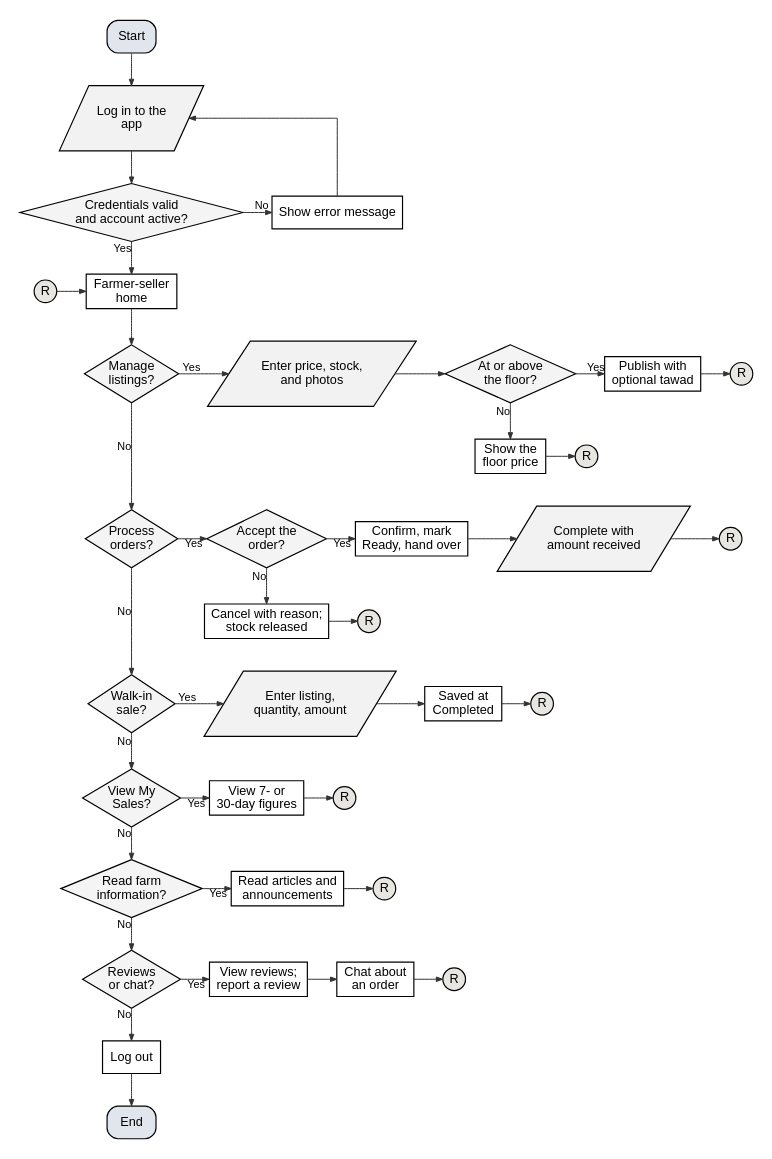
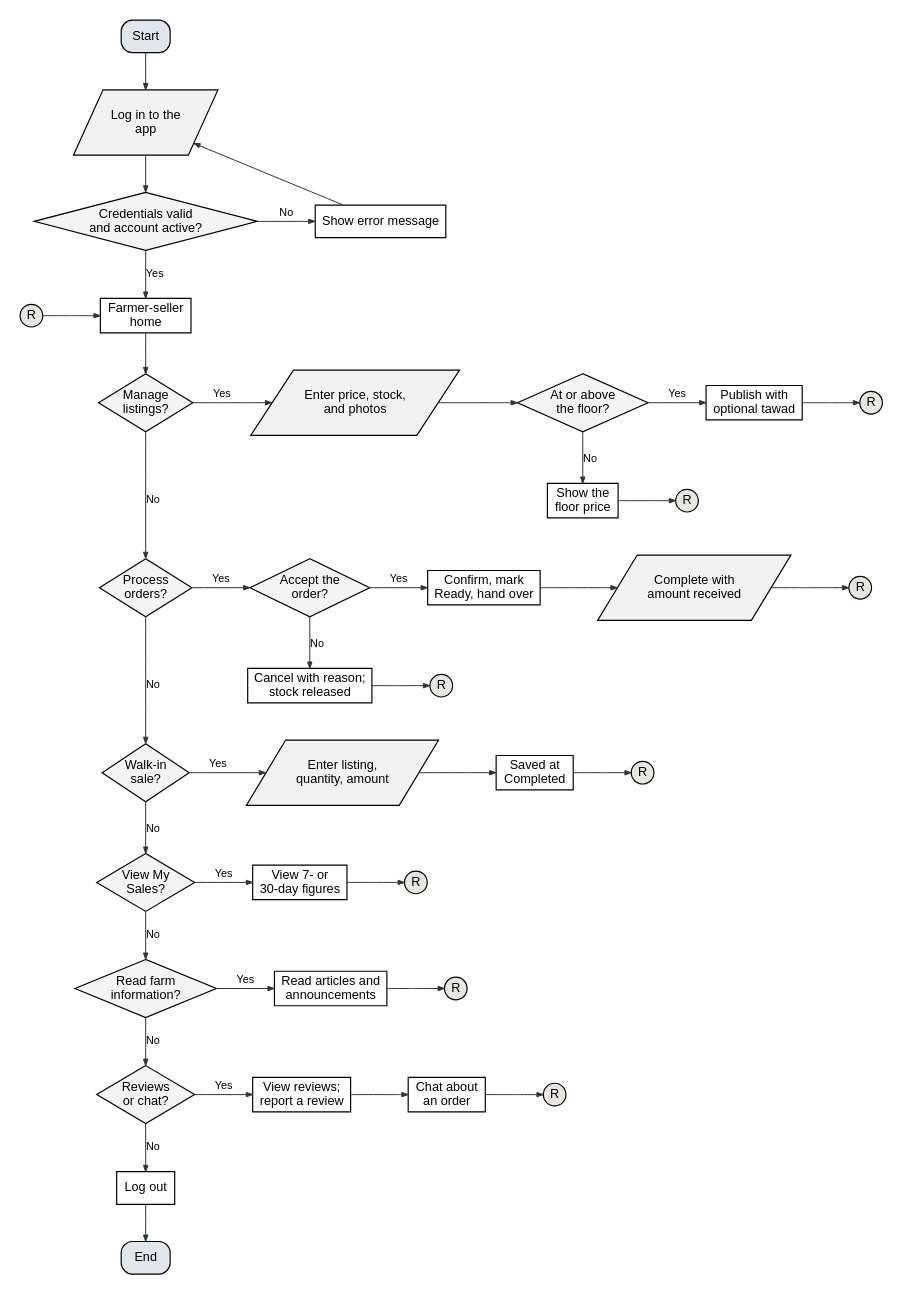
Before and after one commit to shawncastaneda11-commits/anihow-backend: the diagram in docs/manuscript/figures/src/fig5d_flow_farmer_seller.dot, drawn with Graphviz. The commit also changed 18 other files, not shown here.

First line of the commit message:
docs(manuscript): keep flowchart and context-diagram labels off the lines

```diff
--- a/docs/manuscript/figures/src/fig5d_flow_farmer_seller.dot
+++ b/docs/manuscript/figures/src/fig5d_flow_farmer_seller.dot
@@ -1,99 +1,99 @@
 digraph G {
-  graph [rankdir=TB, nodesep=0.45, ranksep=0.5, pad=0.2, fontname="Liberation Sans", newrank=true, splines=ortho];
+  graph [rankdir=TB, nodesep=0.45, ranksep=0.55, pad=0.2, fontname="Liberation Sans", newrank=true, splines=polyline];
   node  [fontname="Liberation Sans", fontsize=14, penwidth=1.3, style=filled, fillcolor="#FFFFFF", margin="0.12,0.06"];
   edge  [penwidth=1.1, arrowsize=0.7, color="#333333", fontname="Liberation Sans", fontsize=12];
   s [shape=box, style="rounded,filled", fillcolor="#E1E6ED", label="Start"];
   li [shape=parallelogram, fillcolor="#F2F2F2", label="Log in to the\napp", margin="0.02,0.04"];
   ok [shape=diamond, fillcolor="#F4F4F4", label="Credentials valid\nand account active?", margin="0.02,0.02"];
   err [shape=box, label="Show error message"];
   ain [shape=circle, width=0.35, fixedsize=true, fillcolor="#E8E6E0", label="R"];
   home [shape=box, label="Farmer-seller\nhome"];
   lo [shape=box, label="Log out"];
   end [shape=box, style="rounded,filled", fillcolor="#E1E6ED", label="End"];
   s -> li;
   li -> ok;
-  ok -> err [xlabel="No"];
+  ok -> err [label="No"];
   err -> li [constraint=false];
-  ok -> home [xlabel="Yes"];
+  ok -> home [label="Yes"];
   ain -> home;
   {rank=same; ok err}
   {rank=same; home ain}
   q0 [shape=diamond, fillcolor="#F4F4F4", label="Manage\nlistings?", margin="0.02,0.02"];
   home -> q0;
   s0_0 [shape=parallelogram, fillcolor="#F2F2F2", label="Enter price, stock,\nand photos", margin="0.02,0.04"];
-  q0 -> s0_0 [xlabel="Yes"];
+  q0 -> s0_0 [label="Yes"];
   s0_1 [shape=diamond, fillcolor="#F4F4F4", label="At or above\nthe floor?", margin="0.02,0.02"];
   s0_0 -> s0_1;
   a0_1 [shape=box, label="Show the\nfloor price"];
   xa0_1 [shape=circle, width=0.35, fixedsize=true, fillcolor="#E8E6E0", label="R"];
-  s0_1 -> a0_1 [xlabel="No"];
+  s0_1 -> a0_1 [label="No"];
   a0_1 -> xa0_1;
   {rank=same; a0_1; xa0_1}
   s0_2 [shape=box, label="Publish with\noptional tawad"];
-  s0_1 -> s0_2 [xlabel="Yes"];
+  s0_1 -> s0_2 [label="Yes"];
   r0 [shape=circle, width=0.35, fixedsize=true, fillcolor="#E8E6E0", label="R"];
   s0_2 -> r0;
   {rank=same; q0; s0_0; s0_1; s0_2; r0}
   q1 [shape=diamond, fillcolor="#F4F4F4", label="Process\norders?", margin="0.02,0.02"];
-  q0 -> q1 [xlabel="No", minlen=2];
+  q0 -> q1 [label="No", minlen=2];
   s1_0 [shape=diamond, fillcolor="#F4F4F4", label="Accept the\norder?", margin="0.02,0.02"];
-  q1 -> s1_0 [xlabel="Yes"];
+  q1 -> s1_0 [label="Yes"];
   a1_0 [shape=box, label="Cancel with reason;\nstock released"];
   xa1_0 [shape=circle, width=0.35, fixedsize=true, fillcolor="#E8E6E0", label="R"];
-  s1_0 -> a1_0 [xlabel="No"];
+  s1_0 -> a1_0 [label="No"];
   a1_0 -> xa1_0;
   {rank=same; a1_0; xa1_0}
   s1_1 [shape=box, label="Confirm, mark\nReady, hand over"];
-  s1_0 -> s1_1 [xlabel="Yes"];
+  s1_0 -> s1_1 [label="Yes"];
   s1_2 [shape=parallelogram, fillcolor="#F2F2F2", label="Complete with\namount received", margin="0.02,0.04"];
   s1_1 -> s1_2;
   r1 [shape=circle, width=0.35, fixedsize=true, fillcolor="#E8E6E0", label="R"];
   s1_2 -> r1;
   {rank=same; q1; s1_0; s1_1; s1_2; r1}
   q2 [shape=diamond, fillcolor="#F4F4F4", label="Walk-in\nsale?", margin="0.02,0.02"];
-  q1 -> q2 [xlabel="No", minlen=2];
+  q1 -> q2 [label="No", minlen=2];
   s2_0 [shape=parallelogram, fillcolor="#F2F2F2", label="Enter listing,\nquantity, amount", margin="0.02,0.04"];
-  q2 -> s2_0 [xlabel="Yes"];
+  q2 -> s2_0 [label="Yes"];
   s2_1 [shape=box, label="Saved at\nCompleted"];
   s2_0 -> s2_1;
   r2 [shape=circle, width=0.35, fixedsize=true, fillcolor="#E8E6E0", label="R"];
   s2_1 -> r2;
   {rank=same; q2; s2_0; s2_1; r2}
   q3 [shape=diamond, fillcolor="#F4F4F4", label="View My\nSales?", margin="0.02,0.02"];
-  q2 -> q3 [xlabel="No"];
+  q2 -> q3 [label="No"];
   s3_0 [shape=box, label="View 7- or\n30-day figures"];
-  q3 -> s3_0 [xlabel="Yes"];
+  q3 -> s3_0 [label="Yes"];
   r3 [shape=circle, width=0.35, fixedsize=true, fillcolor="#E8E6E0", label="R"];
   s3_0 -> r3;
   {rank=same; q3; s3_0; r3}
   q4 [shape=diamond, fillcolor="#F4F4F4", label="Read farm\ninformation?", margin="0.02,0.02"];
-  q3 -> q4 [xlabel="No"];
+  q3 -> q4 [label="No"];
   s4_0 [shape=box, label="Read articles and\nannouncements"];
-  q4 -> s4_0 [xlabel="Yes"];
+  q4 -> s4_0 [label="Yes"];
   r4 [shape=circle, width=0.35, fixedsize=true, fillcolor="#E8E6E0", label="R"];
   s4_0 -> r4;
   {rank=same; q4; s4_0; r4}
   q5 [shape=diamond, fillcolor="#F4F4F4", label="Reviews\nor chat?", margin="0.02,0.02"];
-  q4 -> q5 [xlabel="No"];
+  q4 -> q5 [label="No"];
   s5_0 [shape=box, label="View reviews;\nreport a review"];
-  q5 -> s5_0 [xlabel="Yes"];
+  q5 -> s5_0 [label="Yes"];
   s5_1 [shape=box, label="Chat about\nan order"];
   s5_0 -> s5_1;
   r5 [shape=circle, width=0.35, fixedsize=true, fillcolor="#E8E6E0", label="R"];
   s5_1 -> r5;
   {rank=same; q5; s5_0; s5_1; r5}
-  q5 -> lo [xlabel="No"];
+  q5 -> lo [label="No"];
   lo -> end;
   s [group=trunk];
   li [group=trunk];
   ok [group=trunk];
   home [group=trunk];
   lo [group=trunk];
   end [group=trunk];
   q0 [group=trunk];
   q1 [group=trunk];
   q2 [group=trunk];
   q3 [group=trunk];
   q4 [group=trunk];
   q5 [group=trunk];
 }
```
